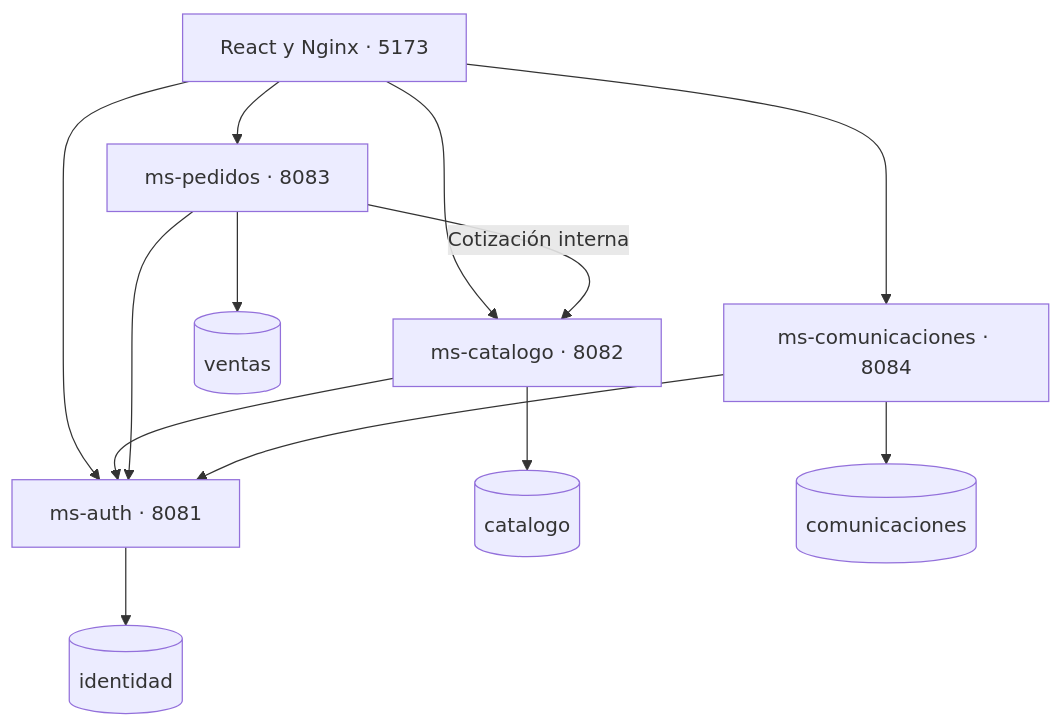
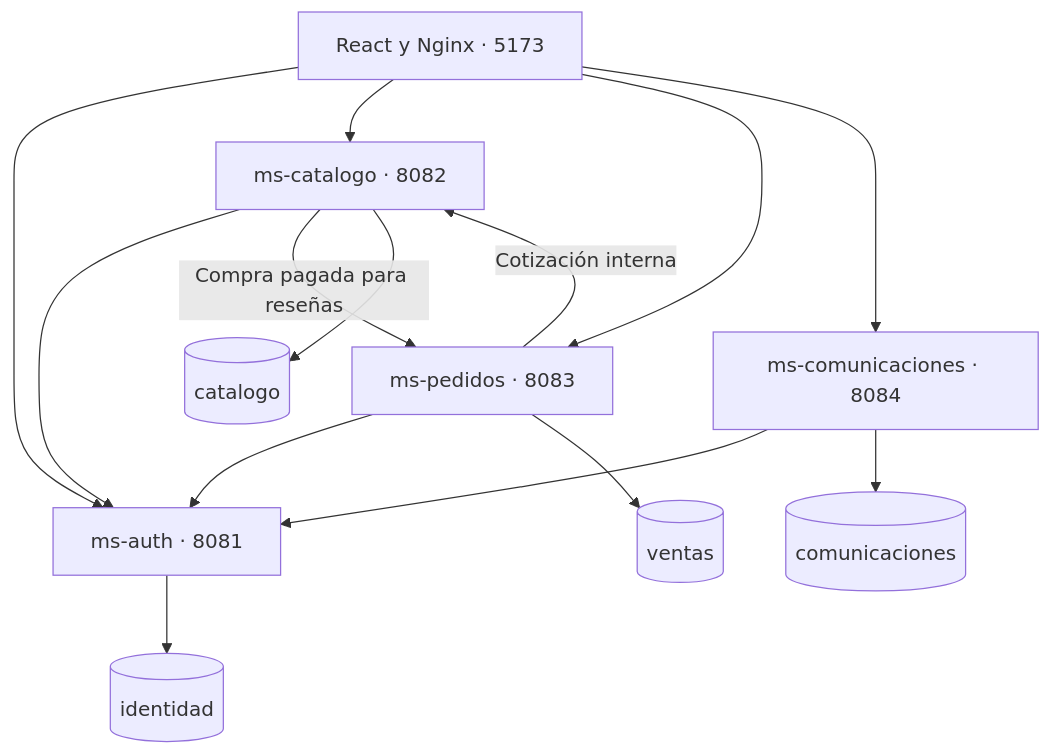
One commit to pablophdev/jarodandre-backend changed the diagram in README.md. Above: the diagram before and after it, drawn with Mermaid. The commit also changed other lines of this file and 26 other files, not shown here.

````diff
--- a/README.md
+++ b/README.md
@@ -7,15 +7,16 @@
 ```mermaid
 flowchart TD
     UI[React y Nginx · 5173] --> A[ms-auth · 8081]
     UI --> C[ms-catalogo · 8082]
     UI --> P[ms-pedidos · 8083]
     UI --> M[ms-comunicaciones · 8084]
     C --> A
     P --> A
     M --> A
     P -->|Cotización interna| C
+    C -->|Compra pagada para reseñas| P
     A --> D1[(identidad)]
     C --> D2[(catalogo)]
     P --> D3[(ventas)]
     M --> D4[(comunicaciones)]
 ```
````
